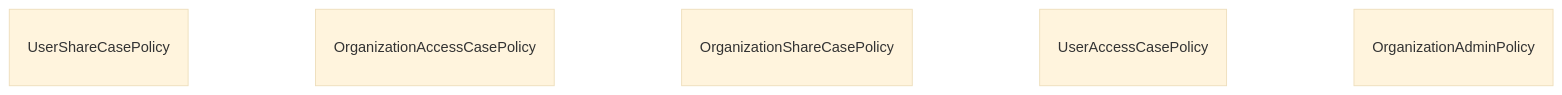
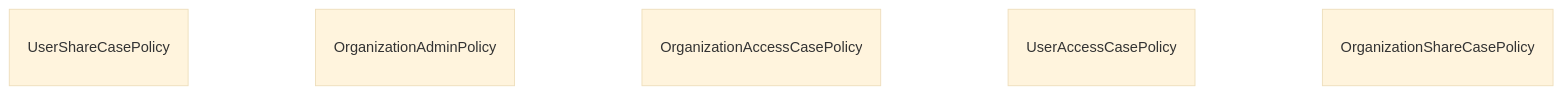
One commit to RIVM-bioinformatics/gen-epix-api changed the diagram in docs/erm/casedb.abac.md. Above: the diagram before and after it, drawn with Mermaid (base theme). The commit also changed other lines of this file and 142 other files, not shown here.

````diff
--- a/docs/erm/casedb.abac.md
+++ b/docs/erm/casedb.abac.md
@@ -5,20 +5,20 @@
 ```mermaid
 erDiagram
     %% casedb / ABAC (simplified)
 
     UserShareCasePolicy {
     }
 
+    OrganizationAdminPolicy {
+    }
+
     OrganizationAccessCasePolicy {
+    }
+
+    UserAccessCasePolicy {
     }
 
     OrganizationShareCasePolicy {
     }
 
-    UserAccessCasePolicy {
-    }
-
-    OrganizationAdminPolicy {
-    }
-
 ```
````
